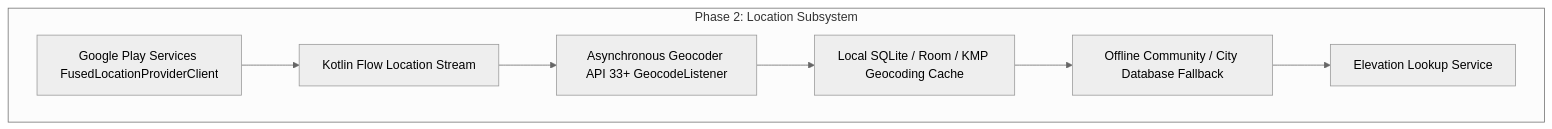
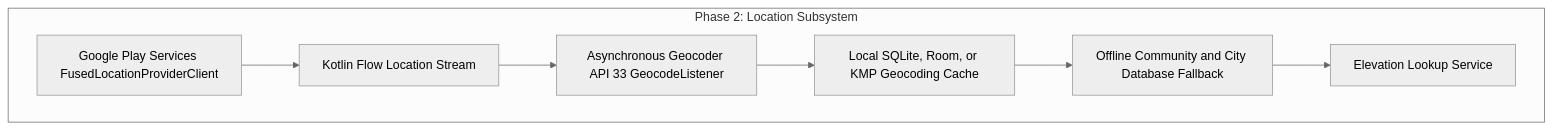
The third of 7 diagrams in docs/superpowers/specs/master-roadmap.md (jgindin/zmanim), drawn with Mermaid (neutral theme) before and after one commit. The commit also changed other lines of this file and 1 other file, not shown here.

Commit message:
Fix mermaid syntax across master roadmap and implementation plan

````diff
--- a/docs/superpowers/specs/master-roadmap.md
+++ b/docs/superpowers/specs/master-roadmap.md
@@ -92,10 +92,10 @@
 ```mermaid
-graph TD
-    subgraph "Phase 2: Location Subsystem"
-        L1[Google Play Services FusedLocationProviderClient] --> L2[Kotlin Flow Location Stream]
-        L2 --> L3[Asynchronous Geocoder API 33+ GeocodeListener]
-        L3 --> L4[Local SQLite / Room / KMP Geocoding Cache]
-        L4 --> L5[Offline Community / City Database Fallback]
-        L5 --> L6[Elevation Lookup Service]
+flowchart TD
+    subgraph Location_Subsystem ["Phase 2: Location Subsystem"]
+        L1["Google Play Services FusedLocationProviderClient"] --> L2["Kotlin Flow Location Stream"]
+        L2 --> L3["Asynchronous Geocoder API 33 GeocodeListener"]
+        L3 --> L4["Local SQLite, Room, or KMP Geocoding Cache"]
+        L4 --> L5["Offline Community and City Database Fallback"]
+        L5 --> L6["Elevation Lookup Service"]
     end
 ```
````
